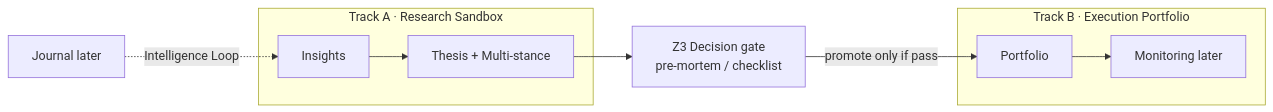
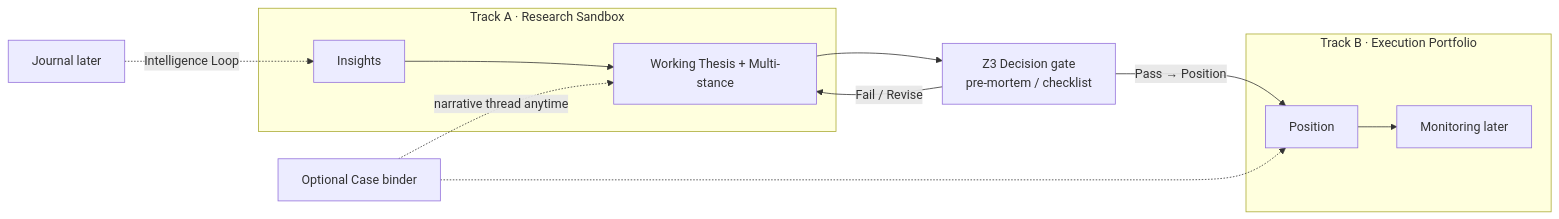
One commit to d-dragon/dp-stock-investment-assistant changed the third of 6 diagrams in docs/system/CONCEPTUAL_IA_MAP.md. Above: the diagram before and after it, drawn with Mermaid. The commit also changed other lines of this file and 4 other files, not shown here.

First line of the commit message:
docs(product): align spec, IA with user journeys and wireframes.  Preserves the core pass-or-revise investment model.

````diff
--- a/docs/system/CONCEPTUAL_IA_MAP.md
+++ b/docs/system/CONCEPTUAL_IA_MAP.md
@@ -168,17 +170,20 @@
 ```mermaid
 flowchart LR
   subgraph TrackA["Track A · Research Sandbox"]
     INS[Insights]
-    TH[Thesis + Multi-stance]
+    TH[Working Thesis + Multi-stance]
   end
   GATE["Z3 Decision gate<br/>pre-mortem / checklist"]
   subgraph TrackB["Track B · Execution Portfolio"]
-    PF[Portfolio]
+    PF[Position]
     MON[Monitoring later]
   end
   INS --> TH
   TH --> GATE
-  GATE -->|"promote only if pass"| PF
+  GATE -->|"Pass → Position"| PF
+  GATE -->|"Fail / Revise"| TH
   PF --> MON
   J[Journal later] -.->|"Intelligence Loop"| INS
+  CASE["Optional Case binder"] -.->|"narrative thread anytime"| TH
+  CASE -.-> PF
 ```
````
